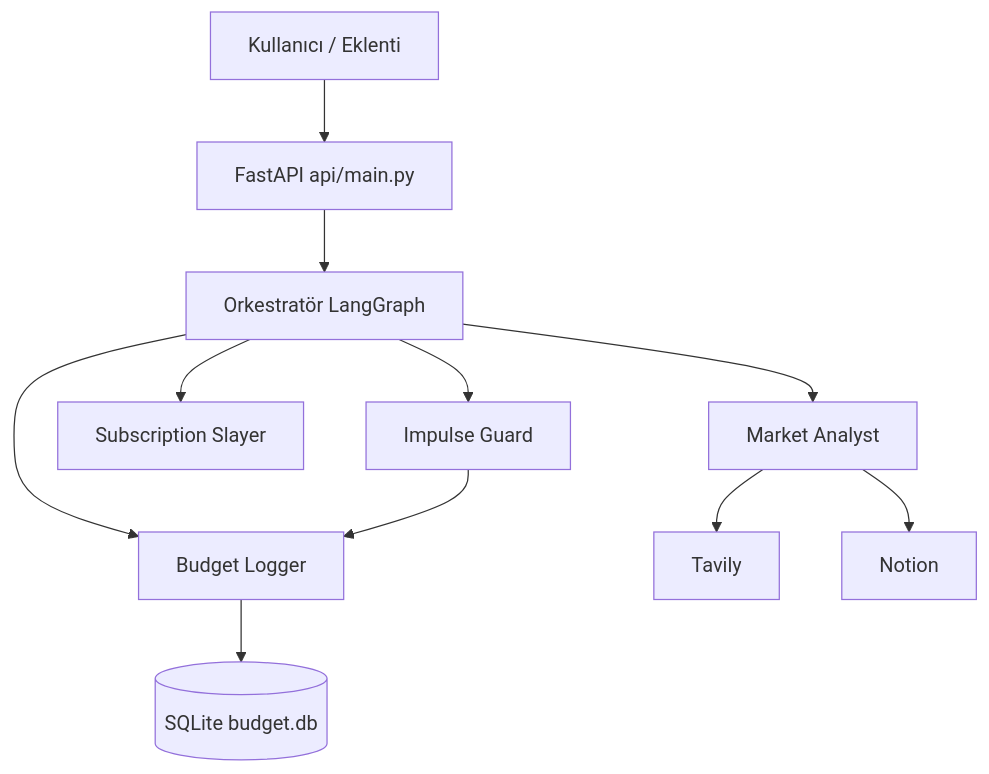
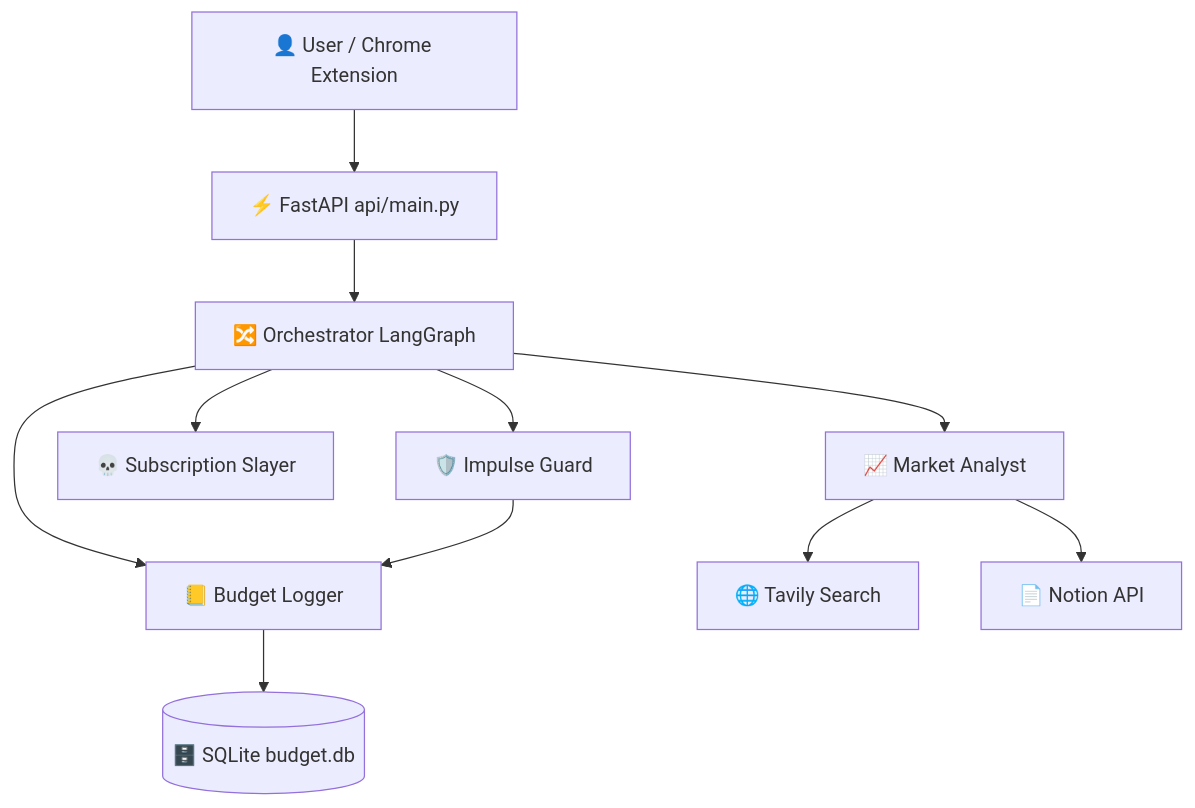
One commit to MT4lh4/FINGUARD changed the diagram in README.md. Above: the diagram before and after it, drawn with Mermaid. The commit also changed other lines of this file and 5 other files, not shown here.

````diff
--- a/README.md
+++ b/README.md
@@ -81,24 +87,24 @@
 ```mermaid
 flowchart TB
-  U[Kullanıcı / Eklenti]
-  API[FastAPI api/main.py]
-  O[Orkestratör LangGraph]
-  MA[Market Analyst]
-  SS[Subscription Slayer]
-  IG[Impulse Guard]
-  BL[Budget Logger]
-  T[Tavily]
-  N[Notion]
-  DB[(SQLite budget.db)]
+    U[👤 User / Chrome Extension]
+    API[⚡ FastAPI  api/main.py]
+    O[🔀 Orchestrator  LangGraph]
+    MA[📈 Market Analyst]
+    SS[💀 Subscription Slayer]
+    IG[🛡️ Impulse Guard]
+    BL[📒 Budget Logger]
+    T[🌐 Tavily Search]
+    N[📄 Notion API]
+    DB[(🗄️ SQLite  budget.db)]
 
-  U --> API
-  API --> O
-  O --> MA
-  O --> SS
-  O --> IG
-  O --> BL
-  MA --> T
-  MA --> N
-  IG --> BL
-  BL --> DB
+    U --> API
+    API --> O
+    O --> MA
+    O --> SS
+    O --> IG
+    O --> BL
+    MA --> T
+    MA --> N
+    IG --> BL
+    BL --> DB
 ```
````
